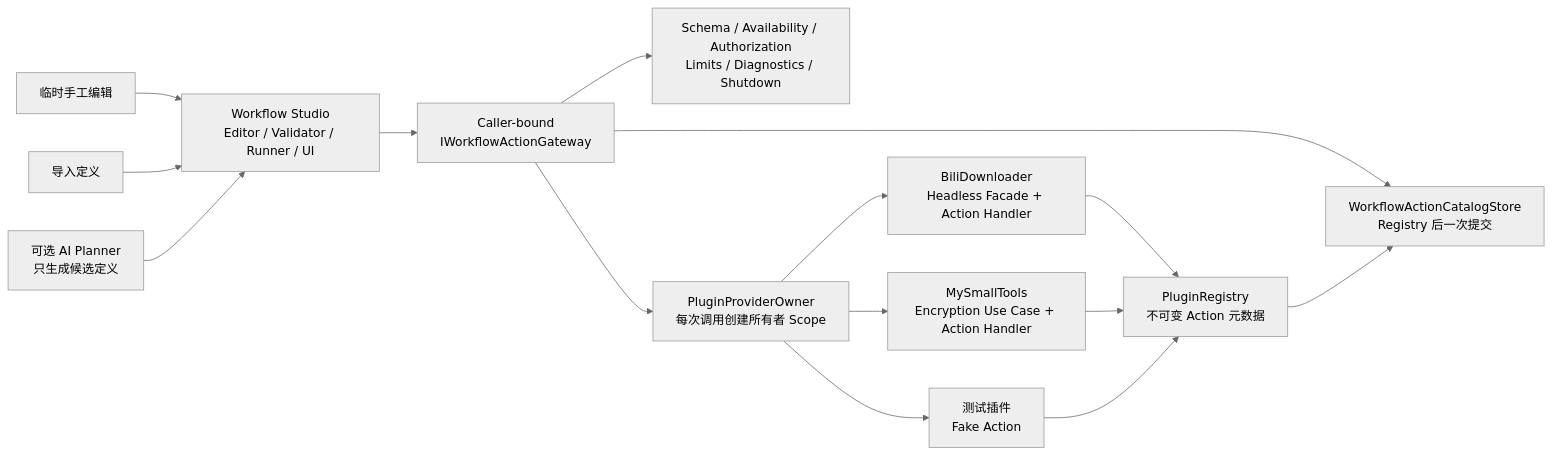
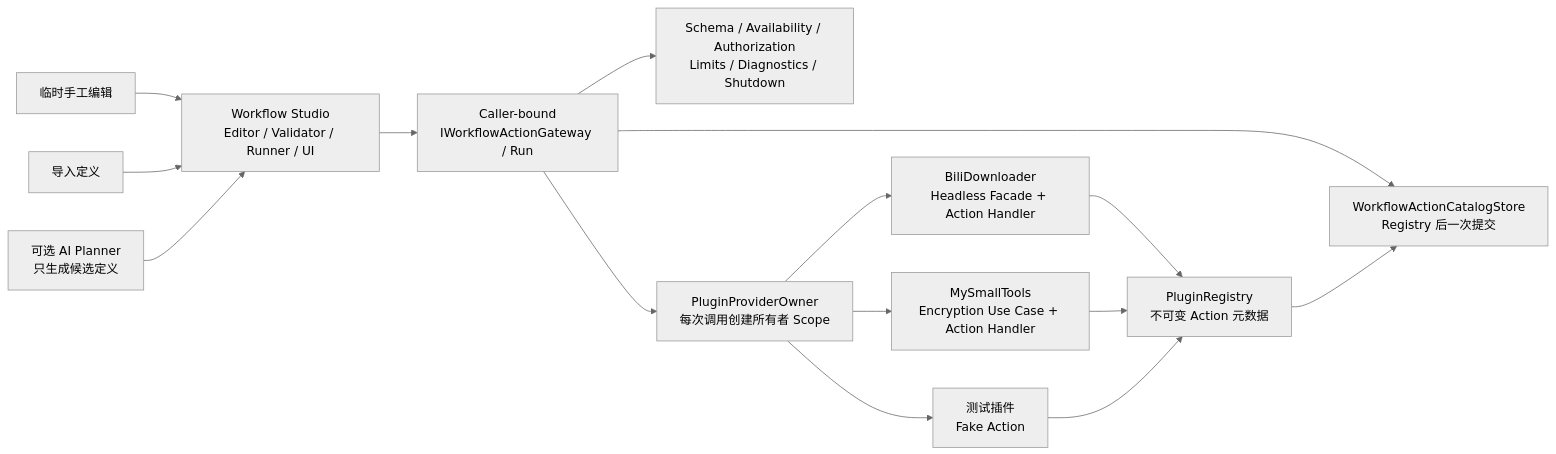
The diagram in docs/design/ai-workflow-plugin-exploration.md (crownclowngx/avalonia_dock_simple_test), drawn with Mermaid (neutral theme) before and after one commit. The commit also changed other lines of this file and 58 other files, not shown here.

````diff
--- a/docs/design/ai-workflow-plugin-exploration.md
+++ b/docs/design/ai-workflow-plugin-exploration.md
@@ -173,19 +174,19 @@
 ```mermaid
 flowchart LR
     Manual["临时手工编辑"] --> Studio["Workflow Studio\nEditor / Validator / Runner / UI"]
     Import["导入定义"] --> Studio
     AI["可选 AI Planner\n只生成候选定义"] --> Studio
 
-    Studio --> Gateway["Caller-bound\nIWorkflowActionGateway"]
+    Studio --> Gateway["Caller-bound\nIWorkflowActionGateway / Run"]
     Gateway --> Catalog["WorkflowActionCatalogStore\nRegistry 后一次提交"]
     Gateway --> Policy["Schema / Availability / Authorization\nLimits / Diagnostics / Shutdown"]
     Gateway --> Owner["PluginProviderOwner\n每次调用创建所有者 Scope"]
 
     Bili["BiliDownloader\nHeadless Facade + Action Handler"] --> Registry["PluginRegistry\n不可变 Action 元数据"]
     Small["MySmallTools\nEncryption Use Case + Action Handler"] --> Registry
     Fake["测试插件\nFake Action"] --> Registry
     Registry --> Catalog
     Owner --> Bili
     Owner --> Small
     Owner --> Fake
 ```
````
